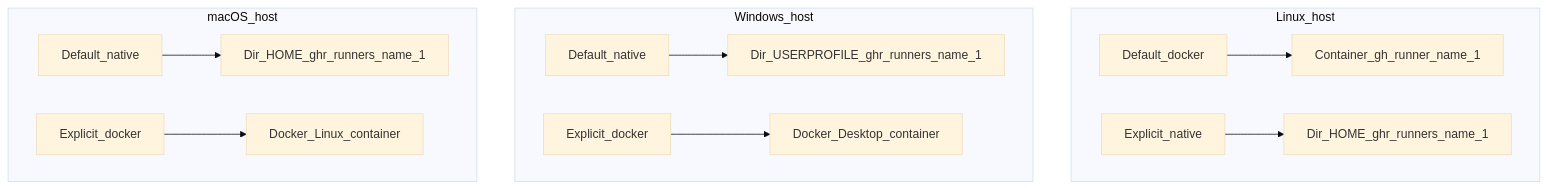
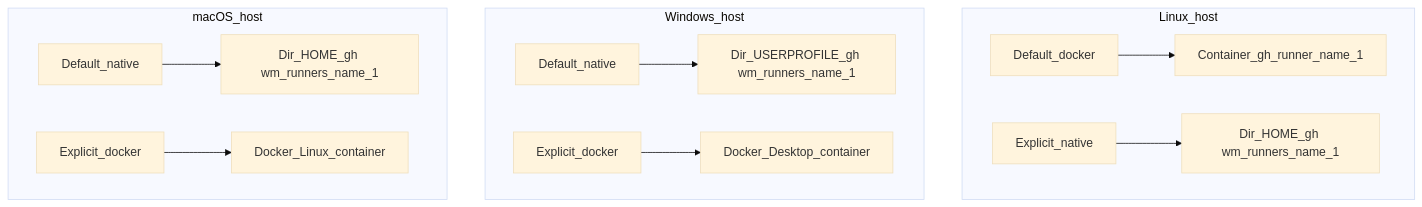
The second of 5 diagrams in docs/content/architecture.md (baizhiheizi/gh-sr), drawn with Mermaid (base theme) before and after one commit. The commit also changed other lines of this file and 54 other files, not shown here.

````diff
--- a/docs/content/architecture.md
+++ b/docs/content/architecture.md
@@ -44,21 +44,21 @@
 ```mermaid
 flowchart TB
   subgraph linuxHost [Linux_host]
     ld[Default_docker]
     ln[Explicit_native]
     ld --> c1[Container_gh_runner_name_1]
-    ln --> d1[Dir_HOME_ghr_runners_name_1]
+    ln --> d1[Dir_HOME_gh wm_runners_name_1]
   end
   subgraph winHost [Windows_host]
     wn[Default_native]
     wd[Explicit_docker]
-    wn --> wd1[Dir_USERPROFILE_ghr_runners_name_1]
+    wn --> wd1[Dir_USERPROFILE_gh wm_runners_name_1]
     wd --> wc1[Docker_Desktop_container]
   end
   subgraph macHost [macOS_host]
     mn[Default_native]
     md[Explicit_docker]
-    mn --> md1[Dir_HOME_ghr_runners_name_1]
+    mn --> md1[Dir_HOME_gh wm_runners_name_1]
     md --> mc1[Docker_Linux_container]
   end
 ```
````
